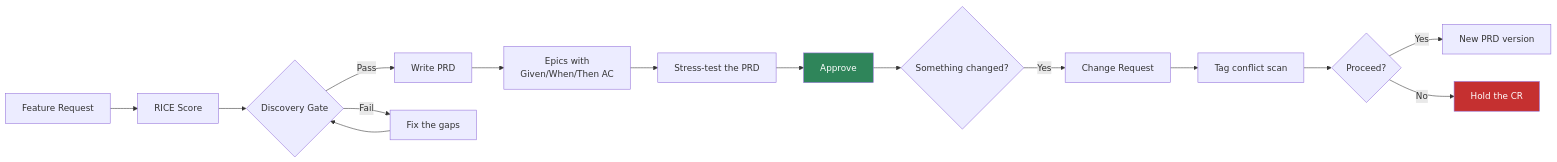
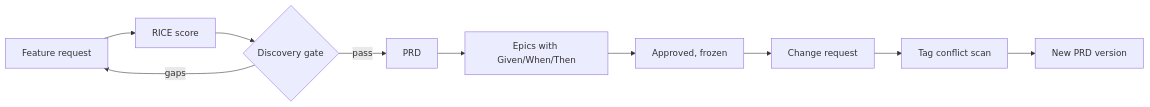
The diagram in README.md (Nhat-Nguyet/product-skill-jev), drawn with Mermaid before and after one commit. The commit also changed other lines of this file and 6 other files, not shown here.

````diff
--- a/README.md
+++ b/README.md
@@ -148,20 +91,12 @@
 ```mermaid
 graph LR
-    FR[Feature Request] --> RICE[RICE Score]
-    RICE --> Gate{Discovery Gate}
-    Gate -->|Pass| PRD[Write PRD]
-    Gate -->|Fail| Fix[Fix the gaps]
-    Fix --> Gate
-    PRD --> Epics[Epics with\nGiven/When/Then AC]
-    Epics --> Grill[Stress-test the PRD]
-    Grill --> Approve[Approve]
-    Approve --> Change{Something changed?}
-    Change -->|Yes| CR[Change Request]
+    FR[Feature request] --> RICE[RICE score]
+    RICE --> Gate{Discovery gate}
+    Gate -->|pass| PRD[PRD]
+    Gate -->|gaps| FR
+    PRD --> Epics[Epics with Given/When/Then]
+    Epics --> Approve[Approved, frozen]
+    Approve --> CR[Change request]
     CR --> Scan[Tag conflict scan]
-    Scan --> Confirm{Proceed?}
-    Confirm -->|Yes| Apply[New PRD version]
-    Confirm -->|No| Hold[Hold the CR]
-
-    style Approve fill:#2f855a,color:#fff
-    style Hold fill:#c53030,color:#fff
+    Scan --> V2[New PRD version]
 ```
````
